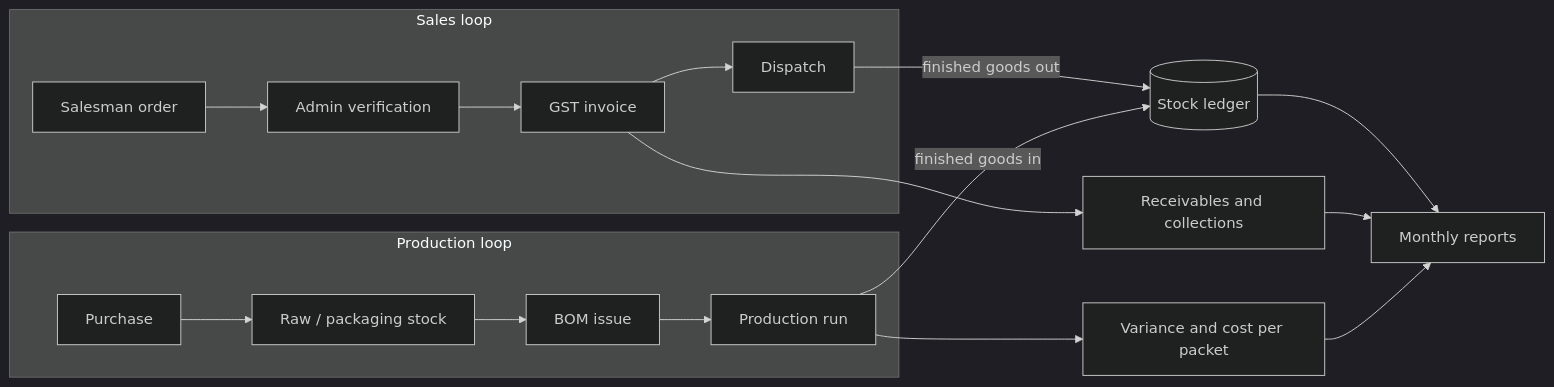
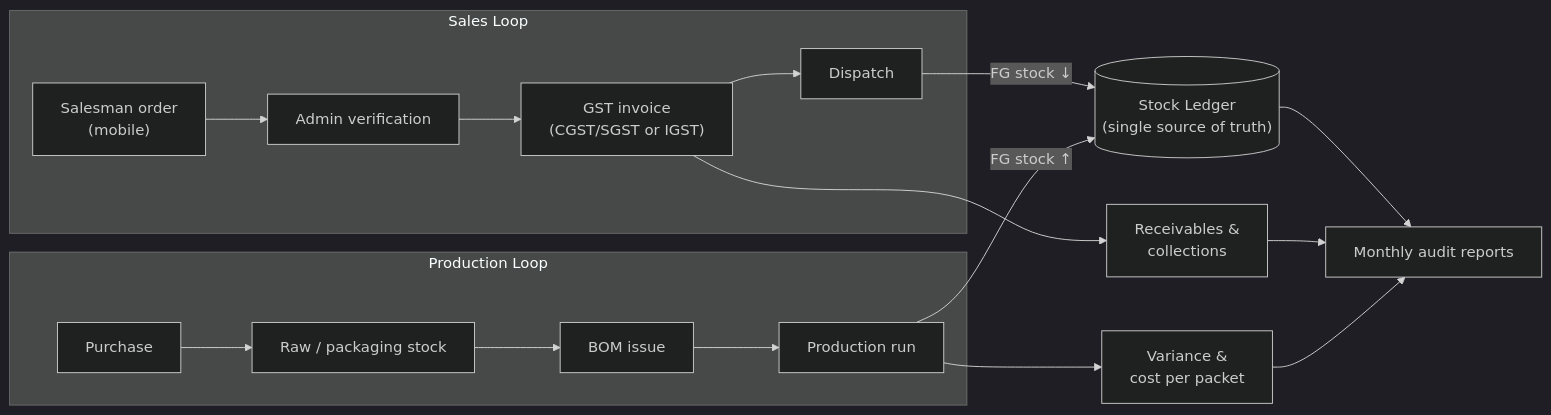
Before and after one commit to shreedharkb/order-to-audit: the diagram in README.md, drawn with Mermaid (dark theme). The commit also changed other lines of this file and 7 other files, not shown here.

````diff
--- a/README.md
+++ b/README.md
@@ -47,22 +13,22 @@
 ```mermaid
 flowchart LR
-    subgraph SALES["Sales loop"]
-        A["Salesman order"] --> B["Admin verification"]
-        B --> C["GST invoice"]
+    subgraph SALES["Sales Loop"]
+        A["Salesman order<br/>(mobile)"] --> B["Admin verification"]
+        B --> C["GST invoice<br/>(CGST/SGST or IGST)"]
         C --> D["Dispatch"]
     end
 
-    subgraph PRODUCTION["Production loop"]
+    subgraph PRODUCTION["Production Loop"]
         E["Purchase"] --> F["Raw / packaging stock"]
         F --> G["BOM issue"]
         G --> H["Production run"]
     end
 
-    D -->|"finished goods out"| I[("Stock ledger")]
-    H -->|"finished goods in"| I
-    C --> J["Receivables and collections"]
-    H --> K["Variance and cost per packet"]
-    I --> L["Monthly reports"]
+    D -->|"FG stock ↓"| I[("Stock Ledger<br/>(single source of truth)")]
+    H -->|"FG stock ↑"| I
+    C --> J["Receivables &<br/>collections"]
+    H --> K["Variance &<br/>cost per packet"]
+    I --> L["Monthly audit reports"]
     J --> L
     K --> L
 ```
````
